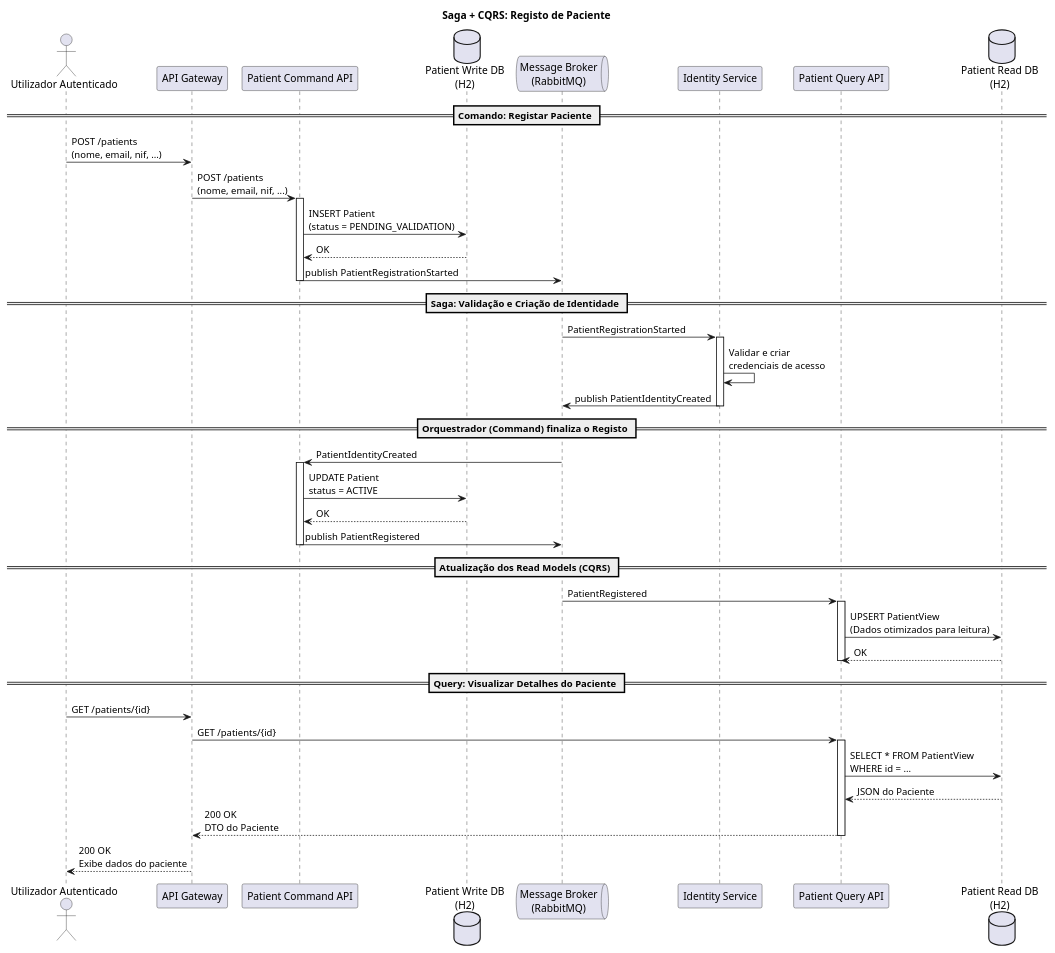
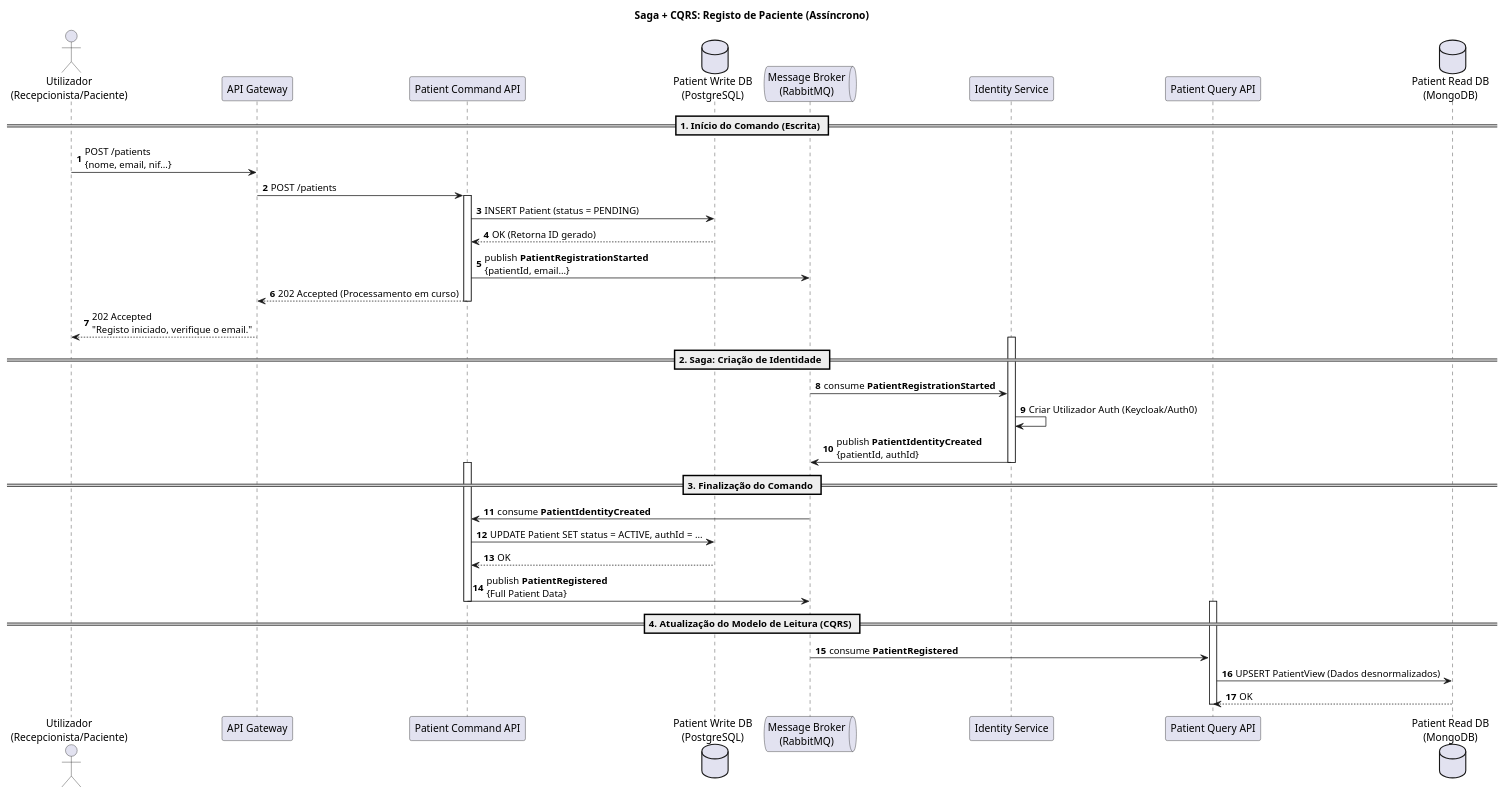
The diagram in docs/2_entrega/Sequence Diagram/Diagrama de Sequencia - Registar Paciente.puml (Parafita123/LETI_SIDIS_3DA_2), drawn with PlantUML before and after one commit. The commit also changed 2 other files, not shown here.

Commit message:
Atualização dos diagramas para assincronos

```diff
--- a/docs/2_entrega/Sequence Diagram/Diagrama de Sequencia - Registar Paciente.puml
+++ b/docs/2_entrega/Sequence Diagram/Diagrama de Sequencia - Registar Paciente.puml
@@ -1,64 +1,58 @@
 @startuml
-title Saga + CQRS: Registo de Paciente
+title Saga + CQRS: Registo de Paciente (Assíncrono)
 
-actor "Utilizador Autenticado" as User
+actor "Utilizador\n(Recepcionista/Paciente)" as User
 participant "API Gateway" as Gateway
 participant "Patient Command API" as PatCmd
-database "Patient Write DB\n(H2)" as WDB
+database "Patient Write DB\n(PostgreSQL)" as WDB
 queue "Message Broker\n(RabbitMQ)" as Broker
 participant "Identity Service" as IdentitySvc
 participant "Patient Query API" as PatQuery
-database "Patient Read DB\n(H2)" as RDB
+database "Patient Read DB\n(MongoDB)" as RDB
 
-== Comando: Registar Paciente ==
+autonumber
 
-User -> Gateway : POST /patients\n(nome, email, nif, ...)
-Gateway -> PatCmd : POST /patients\n(nome, email, nif, ...)
+== 1. Início do Comando (Escrita) ==
+
+User -> Gateway : POST /patients\n{nome, email, nif...}
+Gateway -> PatCmd : POST /patients
 
 activate PatCmd
-PatCmd -> WDB : INSERT Patient\n(status = PENDING_VALIDATION)
-WDB --> PatCmd : OK
 
-PatCmd -> Broker : publish PatientRegistrationStarted
+    PatCmd -> WDB : INSERT Patient (status = PENDING)
+    WDB --> PatCmd : OK (Retorna ID gerado)
+
+    PatCmd -> Broker : publish **PatientRegistrationStarted**\n{patientId, email...}
+
+    PatCmd --> Gateway : 202 Accepted (Processamento em curso)
 deactivate PatCmd
 
-== Saga: Validação e Criação de Identidade ==
+Gateway --> User : 202 Accepted\n"Registo iniciado, verifique o email."
 
-Broker -> IdentitySvc : PatientRegistrationStarted
+== 2. Saga: Criação de Identidade ==
+
 activate IdentitySvc
-IdentitySvc -> IdentitySvc : Validar e criar\ncredenciais de acesso
-IdentitySvc -> Broker : publish PatientIdentityCreated
+    Broker -> IdentitySvc : consume **PatientRegistrationStarted**
+    IdentitySvc -> IdentitySvc : Criar Utilizador Auth (Keycloak/Auth0)
+    IdentitySvc -> Broker : publish **PatientIdentityCreated**\n{patientId, authId}
 deactivate IdentitySvc
 
-== Orquestrador (Command) finaliza o Registo ==
+== 3. Finalização do Comando ==
 
-Broker -> PatCmd : PatientIdentityCreated
 activate PatCmd
-PatCmd -> WDB : UPDATE Patient\nstatus = ACTIVE
-WDB --> PatCmd : OK
+    Broker -> PatCmd : consume **PatientIdentityCreated**
+    PatCmd -> WDB : UPDATE Patient SET status = ACTIVE, authId = ...
+    WDB --> PatCmd : OK
 
-PatCmd -> Broker : publish PatientRegistered
+    PatCmd -> Broker : publish **PatientRegistered**\n{Full Patient Data}
 deactivate PatCmd
 
-== Atualização dos Read Models (CQRS) ==
+== 4. Atualização do Modelo de Leitura (CQRS) ==
 
-Broker -> PatQuery : PatientRegistered
 activate PatQuery
-PatQuery -> RDB : UPSERT PatientView\n(Dados otimizados para leitura)
-RDB --> PatQuery : OK
+    Broker -> PatQuery : consume **PatientRegistered**
+    PatQuery -> RDB : UPSERT PatientView (Dados desnormalizados)
+    RDB --> PatQuery : OK
 deactivate PatQuery
 
-== Query: Visualizar Detalhes do Paciente ==
-
-User -> Gateway : GET /patients/{id}
-Gateway -> PatQuery : GET /patients/{id}
-
-activate PatQuery
-PatQuery -> RDB : SELECT * FROM PatientView\nWHERE id = ...
-RDB --> PatQuery : JSON do Paciente
-PatQuery --> Gateway : 200 OK\nDTO do Paciente
-deactivate PatQuery
-
-Gateway --> User : 200 OK\nExibe dados do paciente
-
 @enduml
```
